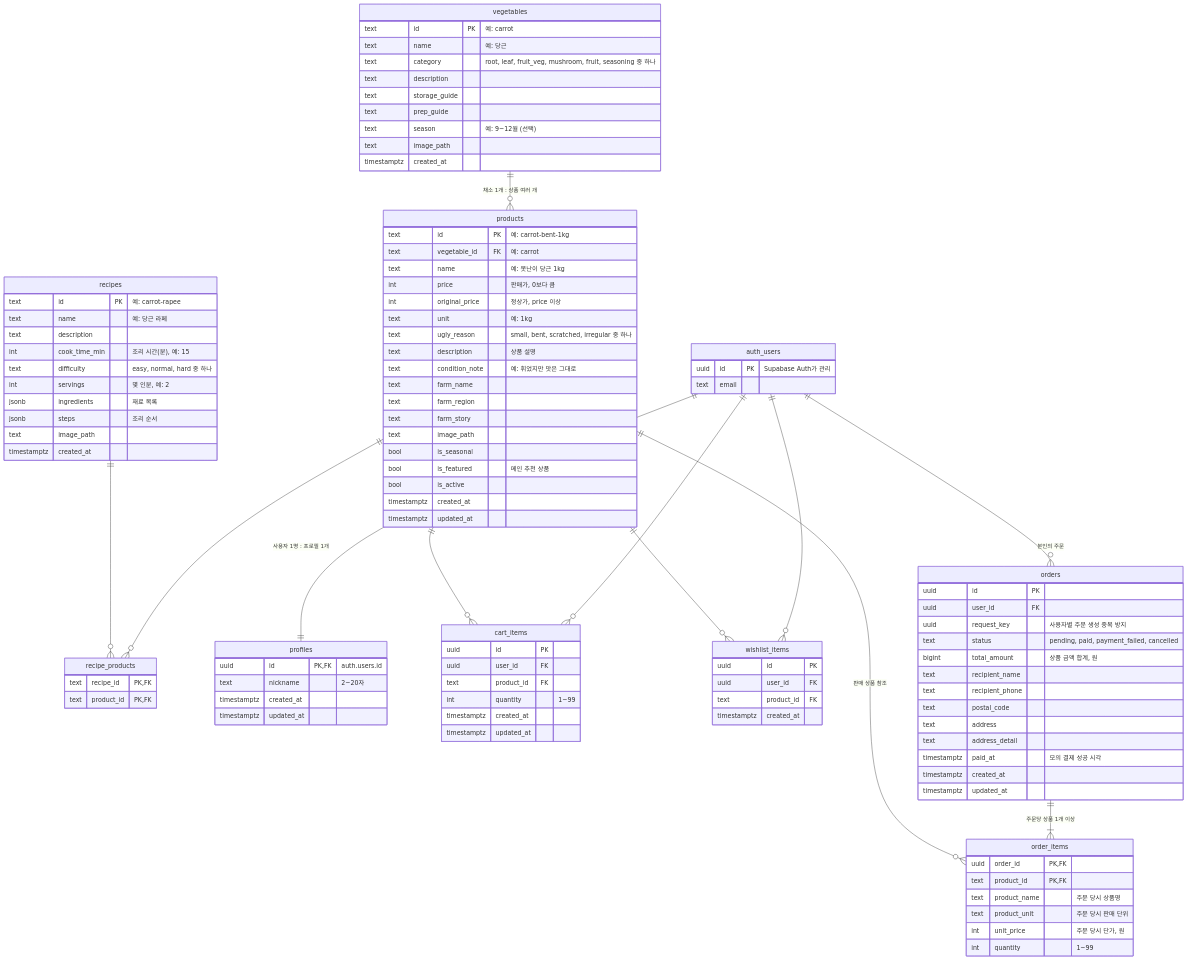
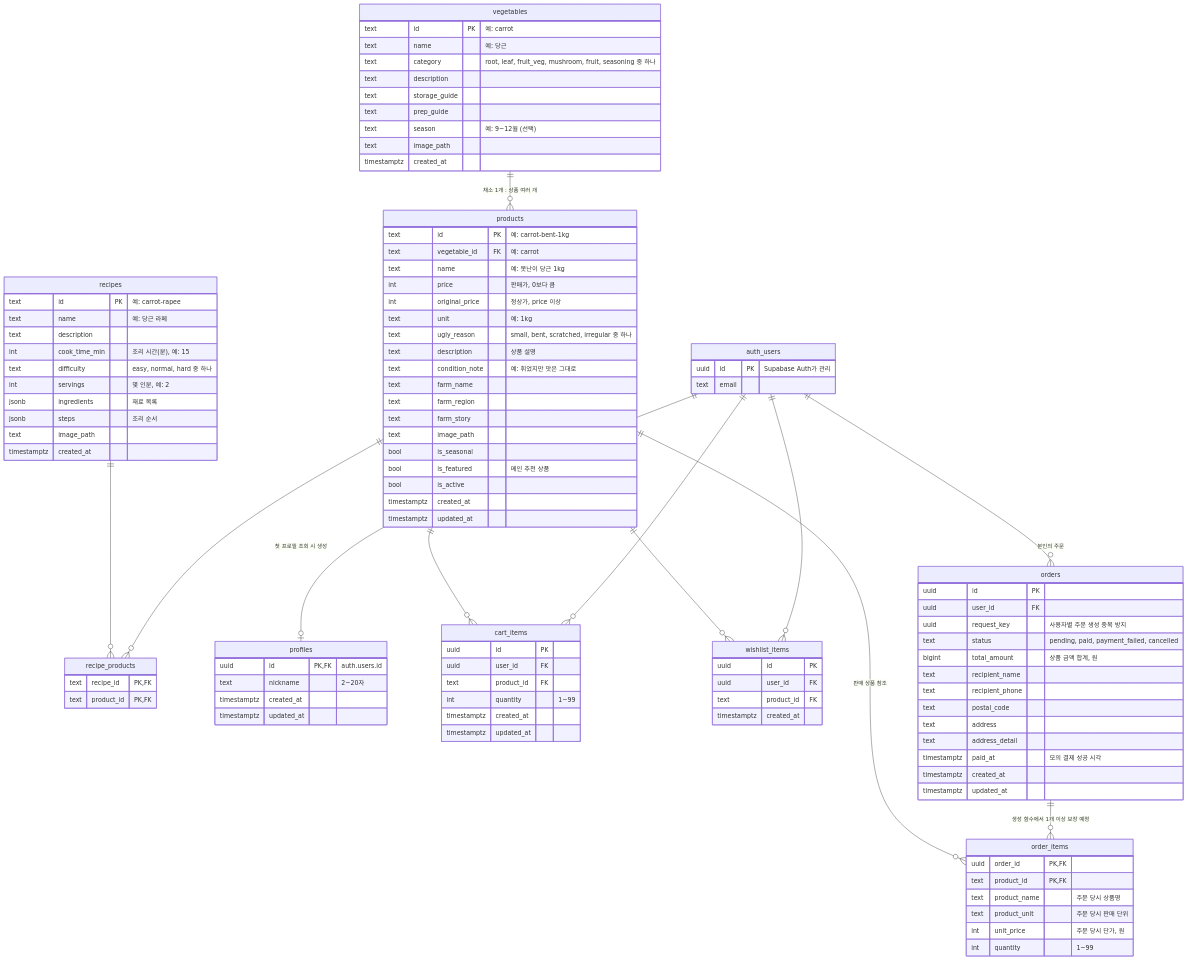
One commit to KANT-2/group_6_vegetable_project changed the diagram in docs/ERD.md. Above: the diagram before and after it, drawn with Mermaid. The commit also changed other lines of this file and 2 other files, not shown here.

Commit message:
fix: Windows LF checkout and applied ERD documentation

```diff
--- a/docs/ERD.md
+++ b/docs/ERD.md
@@ -17,13 +19,13 @@
     vegetables ||--o{ products : "채소 1개 : 상품 여러 개"
     products ||--o{ recipe_products : ""
     recipes ||--o{ recipe_products : ""
-    auth_users ||--|| profiles : "사용자 1명 : 프로필 1개"
+    auth_users ||--o| profiles : "첫 프로필 조회 시 생성"
     auth_users ||--o{ cart_items : ""
     auth_users ||--o{ wishlist_items : ""
     products ||--o{ cart_items : ""
     products ||--o{ wishlist_items : ""
     auth_users ||--o{ orders : "본인의 주문"
-    orders ||--|{ order_items : "주문당 상품 1개 이상"
+    orders ||--o{ order_items : "생성 함수에서 1개 이상 보장 예정"
     products ||--o{ order_items : "판매 상품 참조"
 
     vegetables {
```
